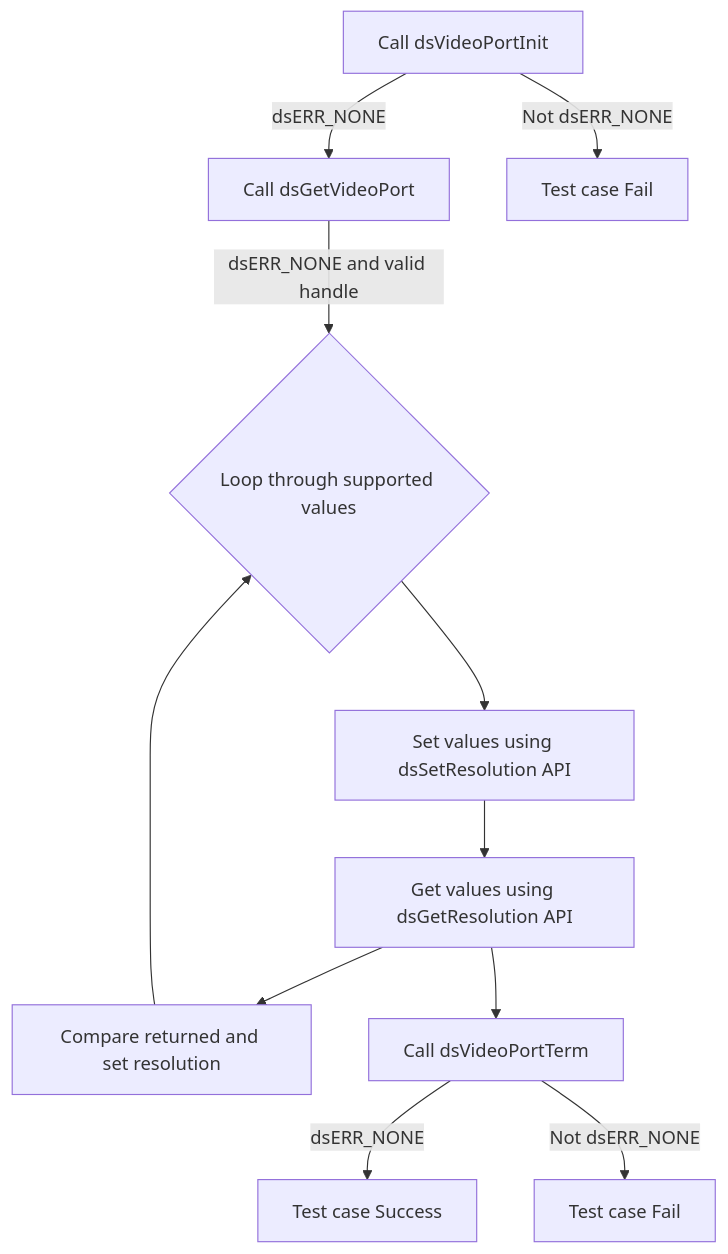
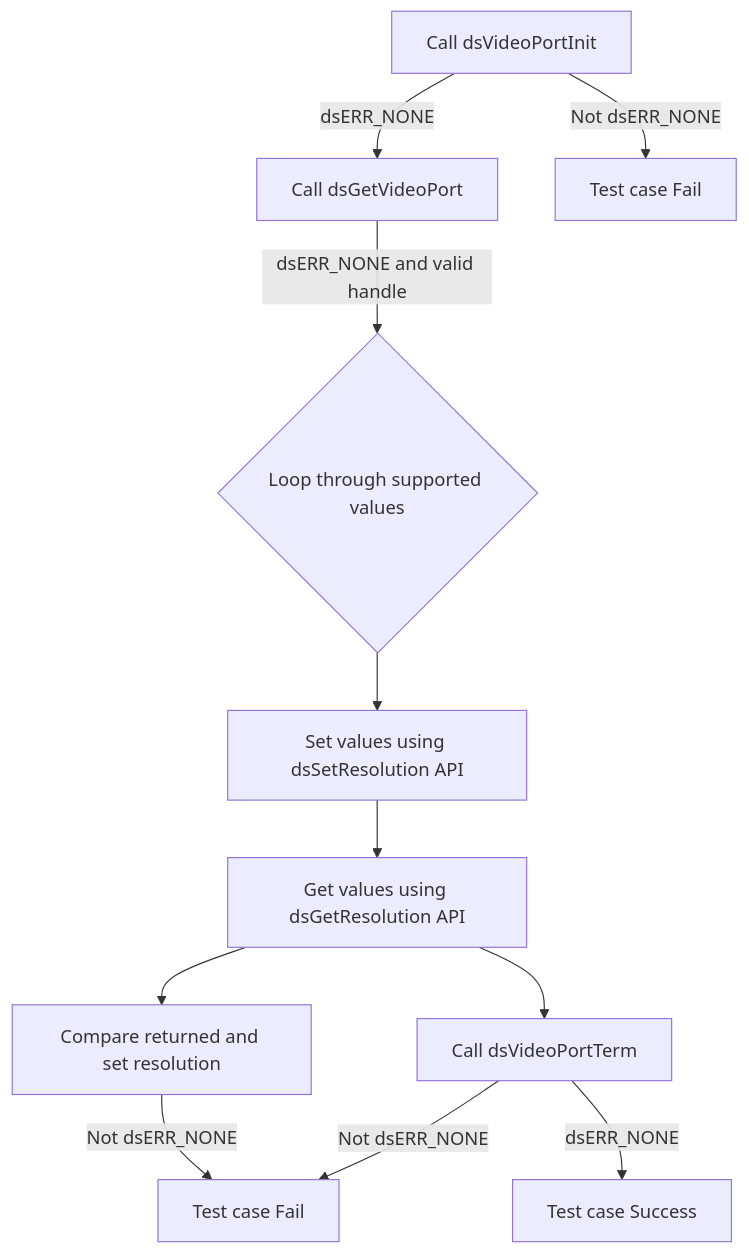
Before and after one commit to rdkcentral/rdk-halif-test-device_settings: the fourth of 21 diagrams in docs/pages/ds-video-port_L2_Low-Level_TestSpecification.md, drawn with Mermaid. The commit also changed other lines of this file and 15 other files, not shown here.

````diff
--- a/docs/pages/ds-video-port_L2_Low-Level_TestSpecification.md
+++ b/docs/pages/ds-video-port_L2_Low-Level_TestSpecification.md
@@ -321,13 +200,13 @@
 ```mermaid
 graph TB
     A[Call dsVideoPortInit] -->|dsERR_NONE| B[Call dsGetVideoPort]
     A -->|Not dsERR_NONE| A1[Test case Fail]
     B -->|dsERR_NONE and valid handle| C{Loop through supported values}
     C --> E[Set values using dsSetResolution API]
     E --> F[Get values using dsGetResolution API]
     F --> G[Compare returned and set resolution]
-    G --> C
+    G --> |Not dsERR_NONE| I1[Test case Fail]
     F --> I[Call dsVideoPortTerm]
     I -->|dsERR_NONE| J[Test case Success]
     I -->|Not dsERR_NONE| I1[Test case Fail]
 ```
````
